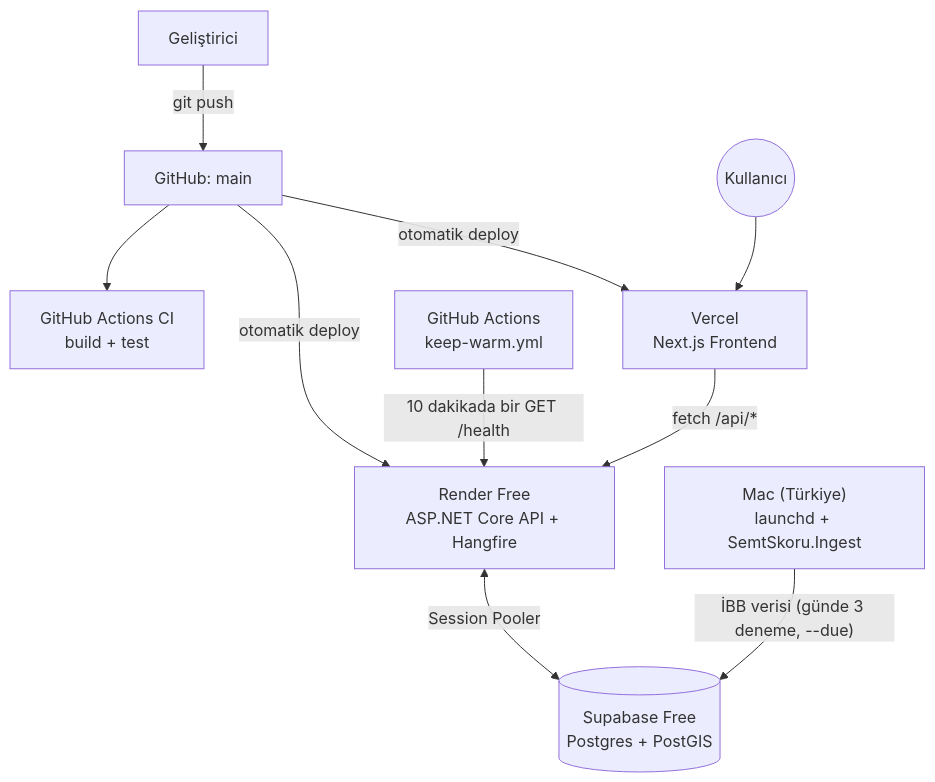
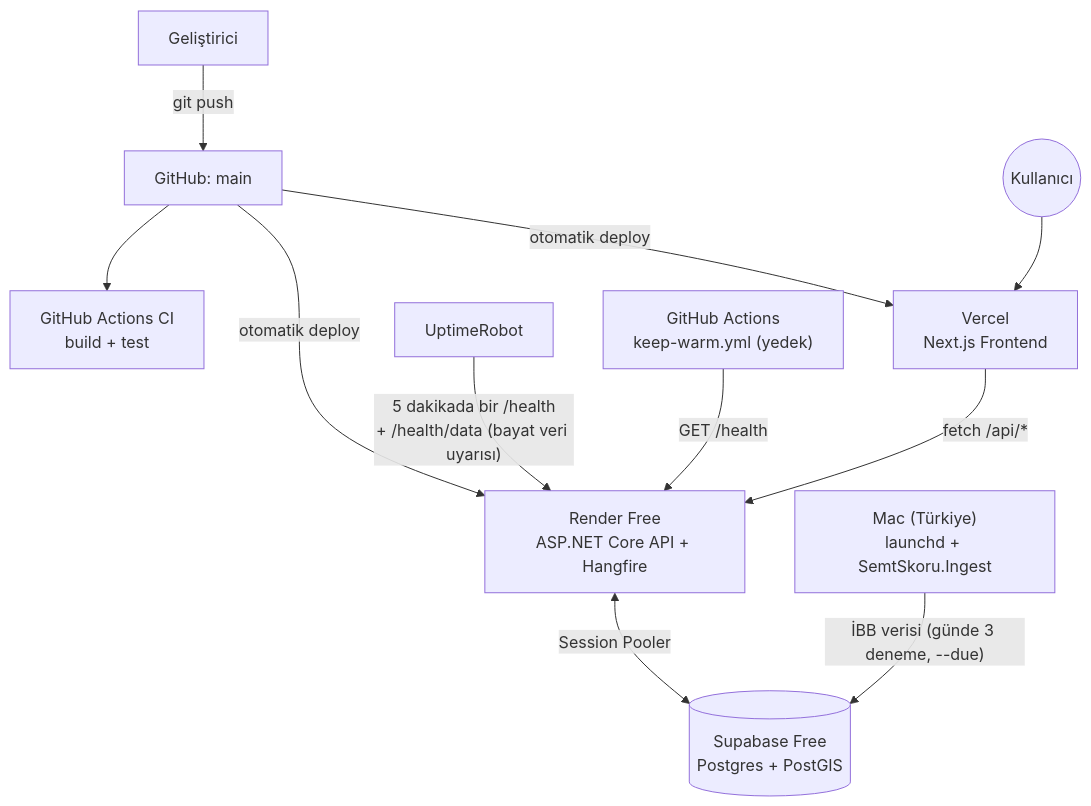
One commit to mehmetoya/SemtSkoru changed the second of 2 diagrams in README.md. Above: the diagram before and after it, drawn with Mermaid. The commit also changed other lines of this file, not shown here.

Commit message:
docs(readme): describe Turkey-only İBB ingestion, uptime monitoring and /health/data (#8)

````diff
--- a/README.md
+++ b/README.md
@@ -179,12 +183,13 @@
 ```mermaid
 flowchart TB
     DEV["Geliştirici"] -->|"git push"| GH["GitHub: main"]
     GH --> CI["GitHub Actions CI<br/>build + test"]
     GH -->|"otomatik deploy"| VERCEL["Vercel<br/>Next.js Frontend"]
     GH -->|"otomatik deploy"| RENDER["Render Free<br/>ASP.NET Core API + Hangfire"]
     RENDER <-->|"Session Pooler"| SUPABASE[("Supabase Free<br/>Postgres + PostGIS")]
-    CRON["GitHub Actions<br/>keep-warm.yml"] -->|"10 dakikada bir GET /health"| RENDER
+    UPTIME["UptimeRobot"] -->|"5 dakikada bir /health<br/>+ /health/data (bayat veri uyarısı)"| RENDER
+    CRON["GitHub Actions<br/>keep-warm.yml (yedek)"] -->|"GET /health"| RENDER
     MAC["Mac (Türkiye)<br/>launchd + SemtSkoru.Ingest"] -->|"İBB verisi (günde 3 deneme, --due)"| SUPABASE
     VERCEL -->|"fetch /api/*"| RENDER
     KULLANICI((Kullanıcı)) --> VERCEL
 ```
````
